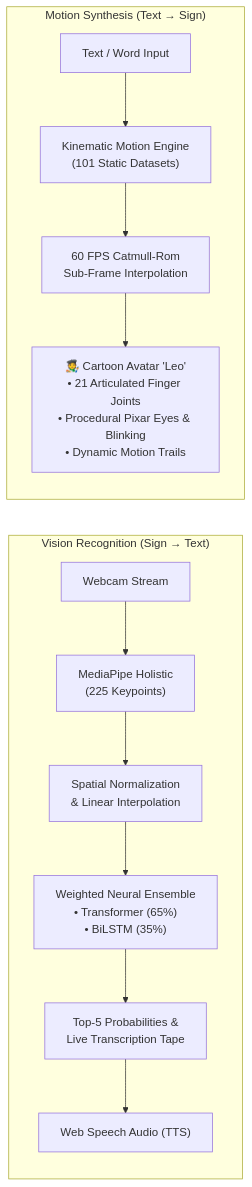
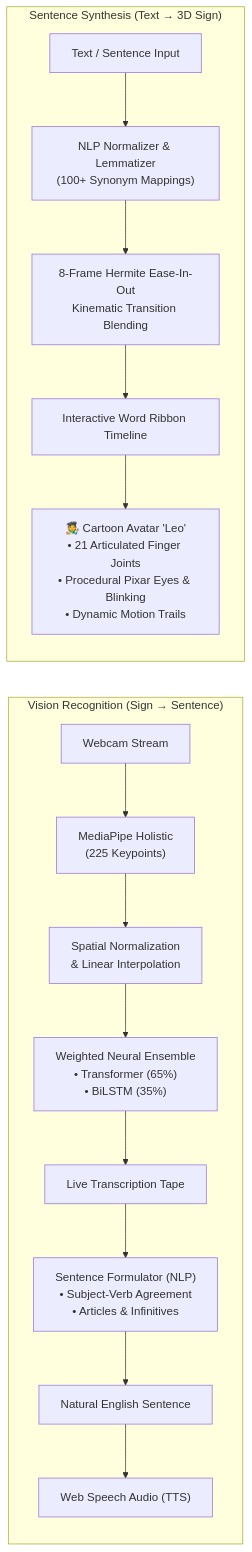
The diagram in README.md (joelvarghese023-ship-it/ASL-translator), drawn with Mermaid before and after one commit. The commit also changed other lines of this file, not shown here.

Commit message:
docs: Update README with sentence translation, Hermite blending, and API docs

````diff
--- a/README.md
+++ b/README.md
@@ -16,16 +16,19 @@
 ```mermaid
 flowchart LR
-    subgraph Sign2Text["Vision Recognition (Sign → Text)"]
+    subgraph Sign2Text["Vision Recognition (Sign → Sentence)"]
         Cam["Webcam Stream"] --> MP["MediaPipe Holistic\n(225 Keypoints)"]
         MP --> Norm["Spatial Normalization\n& Linear Interpolation"]
         Norm --> Ensemble["Weighted Neural Ensemble\n• Transformer (65%)\n• BiLSTM (35%)"]
-        Ensemble --> Pred["Top-5 Probabilities &\nLive Transcription Tape"]
-        Pred --> TTS["Web Speech Audio (TTS)"]
+        Ensemble --> Tape["Live Transcription Tape"]
+        Tape --> Gram["Sentence Formulator (NLP)\n• Subject-Verb Agreement\n• Articles & Infinitives"]
+        Gram --> Assembled["Natural English Sentence"]
+        Assembled --> TTS["Web Speech Audio (TTS)"]
     end
 
-    subgraph Text2Sign["Motion Synthesis (Text → Sign)"]
-        Input["Text / Word Input"] --> Engine["Kinematic Motion Engine\n(101 Static Datasets)"]
-        Engine --> Interp["60 FPS Catmull-Rom\nSub-Frame Interpolation"]
-        Interp --> Leo["🧑‍🎨 Cartoon Avatar 'Leo'\n• 21 Articulated Finger Joints\n• Procedural Pixar Eyes & Blinking\n• Dynamic Motion Trails"]
+    subgraph Text2Sign["Sentence Synthesis (Text → 3D Sign)"]
+        Input["Text / Sentence Input"] --> NLP["NLP Normalizer & Lemmatizer\n(100+ Synonym Mappings)"]
+        NLP --> Blend["8-Frame Hermite Ease-In-Out\nKinematic Transition Blending"]
+        Blend --> Ribbon["Interactive Word Ribbon Timeline"]
+        Ribbon --> Leo["🧑‍🎨 Cartoon Avatar 'Leo'\n• 21 Articulated Finger Joints\n• Procedural Pixar Eyes & Blinking\n• Dynamic Motion Trails"]
     end
 ```
````
